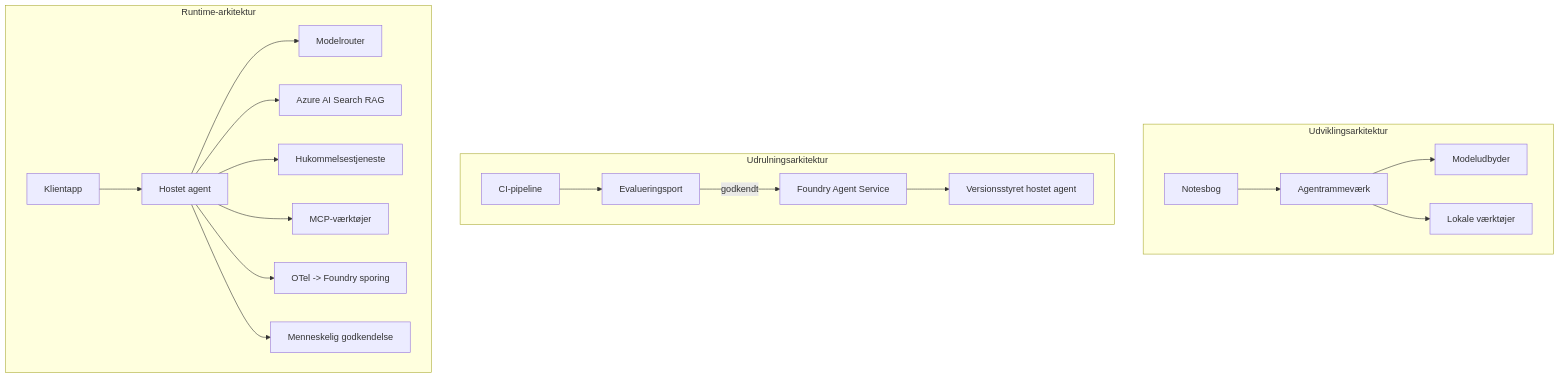
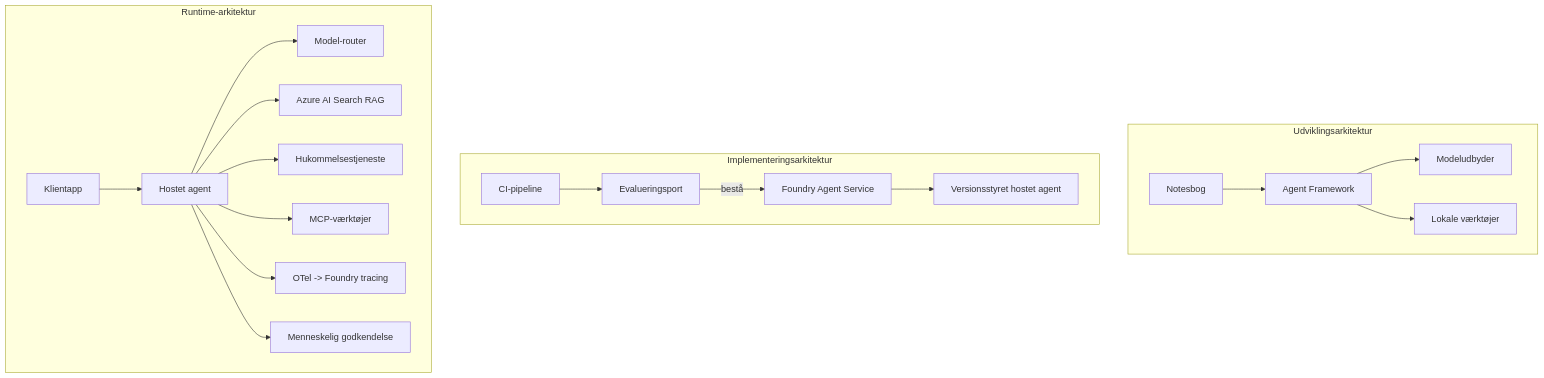
One commit to gabrielmoreira/agent-skills-mirror changed the fourth of 4 diagrams in mirrors/repos/microsoft@ai-agents-for-beginners/translations/da/16-deploying-scalable-agents/README.md. Above: the diagram before and after it, drawn with Mermaid. The commit also changed other lines of this file and 3581 other files, not shown here.

````diff
--- a/mirrors/repos/microsoft@ai-agents-for-beginners/translations/da/16-deploying-scalable-agents/README.md
+++ b/mirrors/repos/microsoft@ai-agents-for-beginners/translations/da/16-deploying-scalable-agents/README.md
@@ -185,22 +185,22 @@
 ```mermaid
 flowchart TB
     subgraph Dev[Udviklingsarkitektur]
-        D1[Notesbog] --> D2[Agentrammeværk]
+        D1[Notesbog] --> D2[Agent Framework]
         D2 --> D3[Modeludbyder]
         D2 --> D4[Lokale værktøjer]
     end
-    subgraph Deploy[Udrulningsarkitektur]
+    subgraph Deploy[Implementeringsarkitektur]
         E1[CI-pipeline] --> E2[Evalueringsport]
-        E2 -->|godkendt| E3[Foundry Agent Service]
+        E2 -->|bestå| E3[Foundry Agent Service]
         E3 --> E4[Versionsstyret hostet agent]
     end
     subgraph Run[Runtime-arkitektur]
         F1[Klientapp] --> F2[Hostet agent]
-        F2 --> F3[Modelrouter]
+        F2 --> F3[Model-router]
         F2 --> F4[Azure AI Search RAG]
         F2 --> F5[Hukommelsestjeneste]
         F2 --> F6[MCP-værktøjer]
-        F2 --> F7[OTel -> Foundry sporing]
+        F2 --> F7[OTel -> Foundry tracing]
         F2 --> F8[Menneskelig godkendelse]
     end
 ```
````
